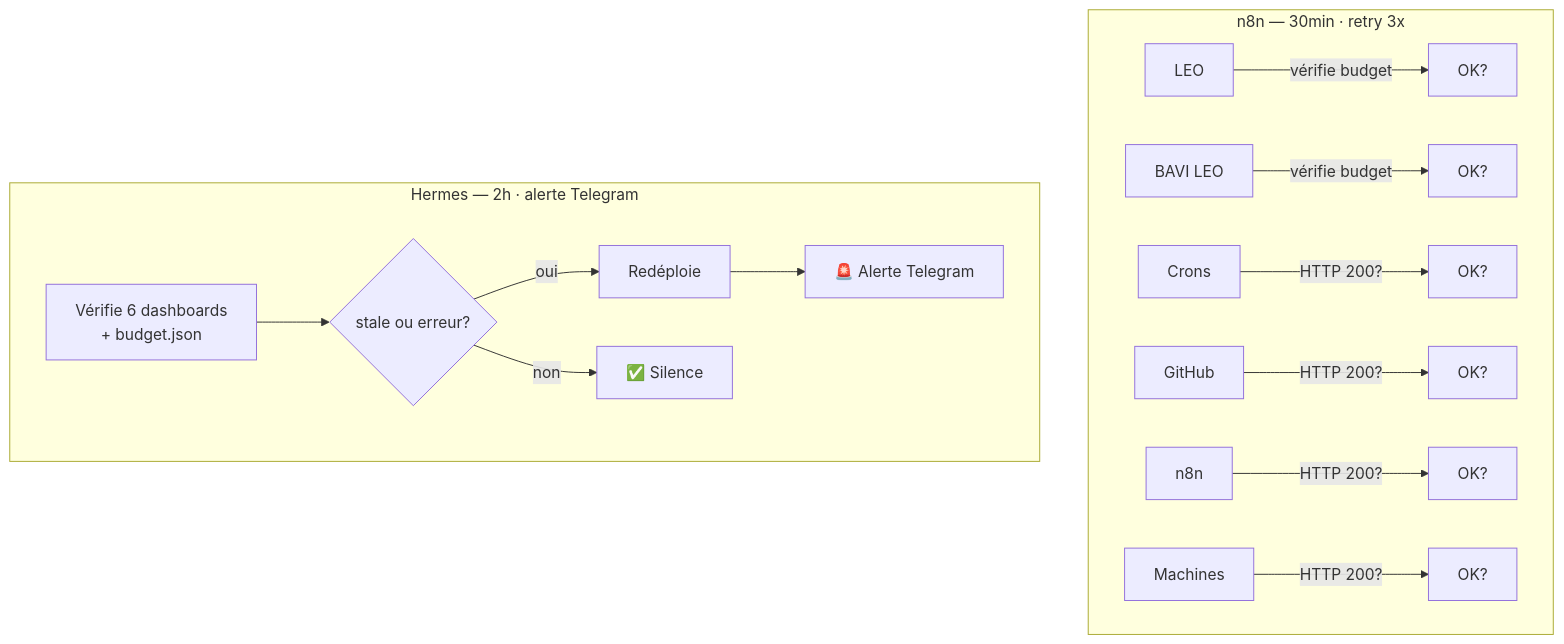
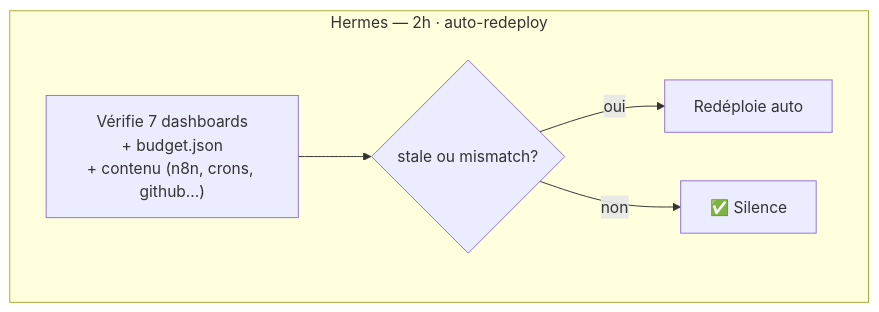
Before and after one commit to christophedanhier-hash/hermes-guide: the third of 6 diagrams in 03-utilisation/architecture-leo.md, drawn with Mermaid. The commit also changed other lines of this file and 4 other files, not shown here.

````diff
--- a/03-utilisation/architecture-leo.md
+++ b/03-utilisation/architecture-leo.md
@@ -232,25 +219,13 @@
 ```mermaid
 flowchart TB
-    subgraph n8n_check["n8n — 30min · retry 3x"]
-        direction LR
-        N1[LEO] -->|vérifie budget| N1B[OK?]
-        N2[BAVI LEO] -->|vérifie budget| N2B[OK?]
-        N3[Crons] -->|HTTP 200?| N3B[OK?]
-        N4[GitHub] -->|HTTP 200?| N4B[OK?]
-        N5[n8n] -->|HTTP 200?| N5B[OK?]
-        N6[Machines] -->|HTTP 200?| N6B[OK?]
-    end
-
-    subgraph hermes_check["Hermes — 2h · alerte Telegram"]
-        H_ALL["Vérifie 6 dashboards<br/>+ budget.json"]
-        H_STALE{"stale ou erreur?"}
-        H_DEPLOY["Redéploie"]
-        H_TG["🚨 Alerte Telegram"]
+    subgraph hermes_check["Hermes — 2h · auto-redeploy"]
+        H_ALL["Vérifie 7 dashboards<br/>+ budget.json<br/>+ contenu (n8n, crons, github...)"]
+        H_STALE{"stale ou mismatch?"}
+        H_DEPLOY["Redéploie auto"]
         H_OK["✅ Silence"]
     end
 
     H_ALL --> H_STALE
     H_STALE -->|oui| H_DEPLOY
     H_STALE -->|non| H_OK
-    H_DEPLOY --> H_TG
 ```
````
